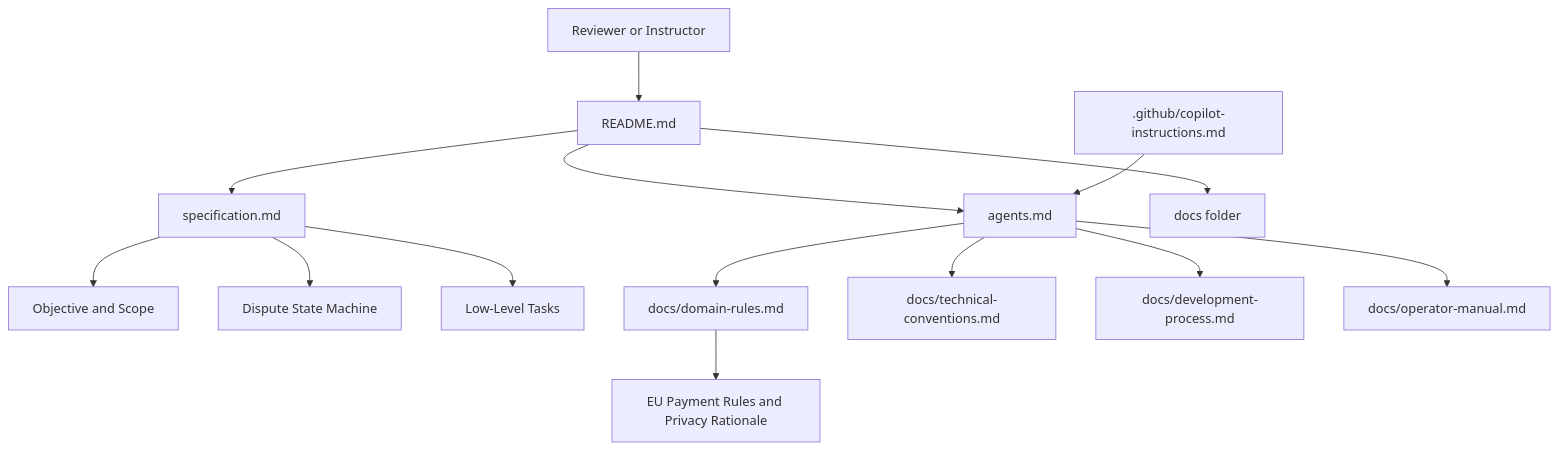
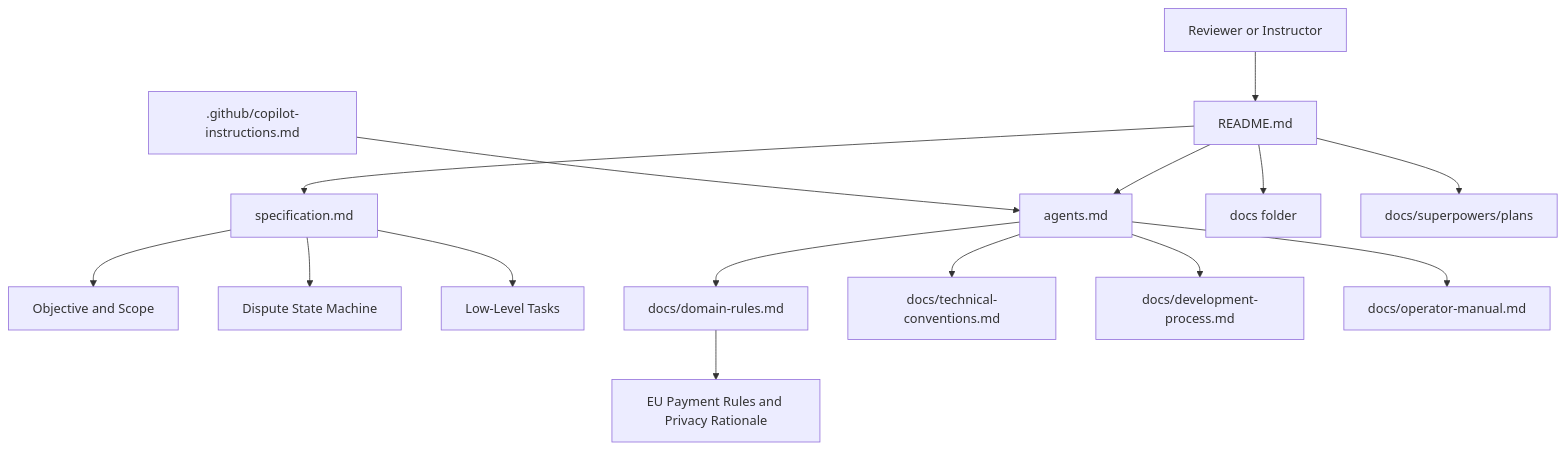
One commit to itxyzzz/gen-ai-se-hw changed the diagram in homework-3/README.md. Above: the diagram before and after it, drawn with Mermaid. The commit also changed other lines of this file and 8 other files, not shown here.

````diff
--- a/homework-3/README.md
+++ b/homework-3/README.md
@@ -15,16 +15,17 @@
 ```mermaid
 flowchart TB
     Reviewer[Reviewer or Instructor] --> Readme[README.md]
     Readme --> Spec[specification.md]
     Spec --> Objective[Objective and Scope]
     Spec --> States[Dispute State Machine]
     Spec --> Tasks[Low-Level Tasks]
     Readme --> Agents[agents.md]
     Readme --> Docs[docs folder]
+    Readme --> Archive[docs/superpowers/plans]
     Agents --> Domain[docs/domain-rules.md]
     Agents --> Technical[docs/technical-conventions.md]
     Agents --> Process[docs/development-process.md]
     Agents --> Operator[docs/operator-manual.md]
     Copilot[.github/copilot-instructions.md] --> Agents
     Domain --> Regs[EU Payment Rules and Privacy Rationale]
 ```
````
